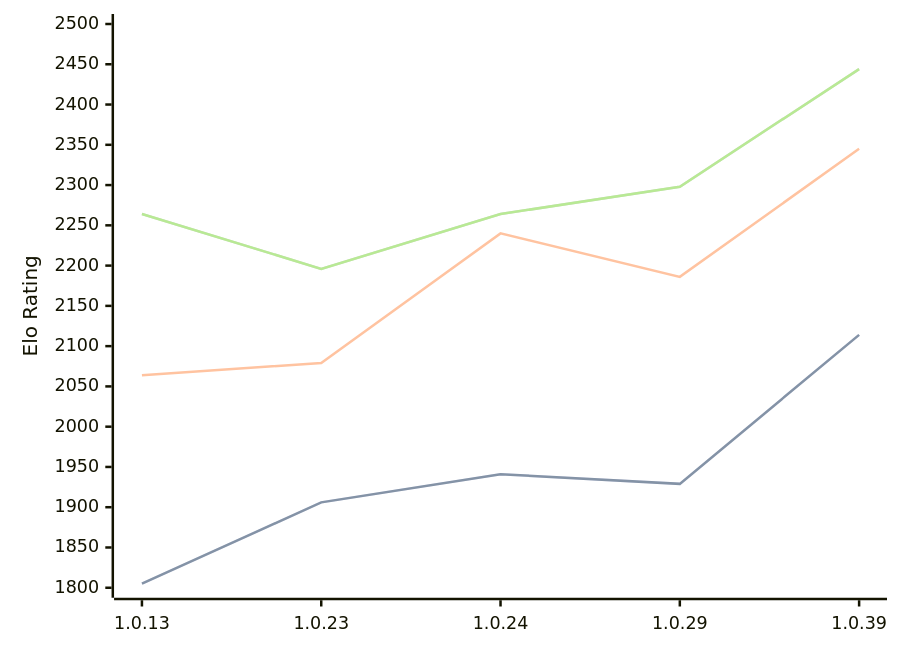
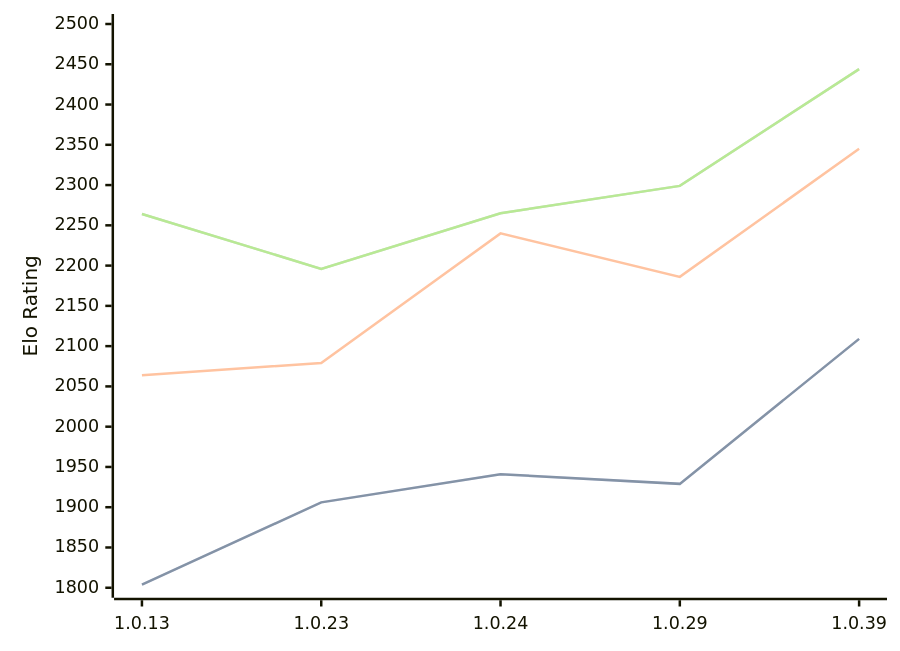
Before and after one commit to computer-chess-index/cci: the diagram in engines/RustyRival.md, drawn with Mermaid. The commit also changed other lines of this file, not shown here.

Commit message:
Update CCI Ratings (ELO VLTC) - 2026-04-10

````diff
--- a/engines/RustyRival.md
+++ b/engines/RustyRival.md
@@ -66,11 +66,11 @@
 ```mermaid
 %%{init: {"theme":"base","themeVariables":{"seriesColors:['#a3a3a3','#222221','#faa371']}}}%%
 xychart-beta
   x-axis ["1.0.13", "1.0.23", "1.0.24", "1.0.29", "1.0.39"]
   y-axis "Elo Rating" 1800 --> 2500
-  line "STC (8.0+0.08s)" [1805, 1906, 1941, 1929, 2114]
-  line "STC (8.0+0.08s)" [1805, 1906, 1941, 1929, 2114]
+  line "STC (8.0+0.08s)" [1804, 1906, 1941, 1929, 2109]
+  line "STC (8.0+0.08s)" [1804, 1906, 1941, 1929, 2109]
   line "LTC (60.0+0.60s)" [2064, 2079, 2240, 2186, 2345]
-  line "VLTC (2m24s+1.12s)" [2264, 2196, 2264, 2298, 2444]
-  line "VLTC (2m24s+1.12s)" [2264, 2196, 2264, 2298, 2444]
+  line "VLTC (2m24s+1.12s)" [2264, 2196, 2265, 2299, 2444]
+  line "VLTC (2m24s+1.12s)" [2264, 2196, 2265, 2299, 2444]
 ```
````
